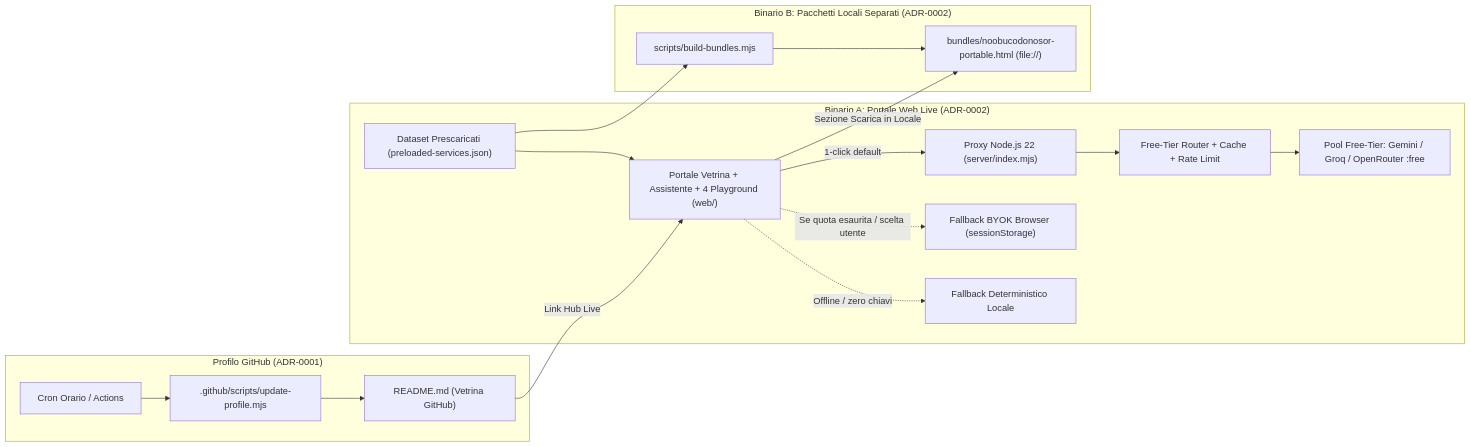
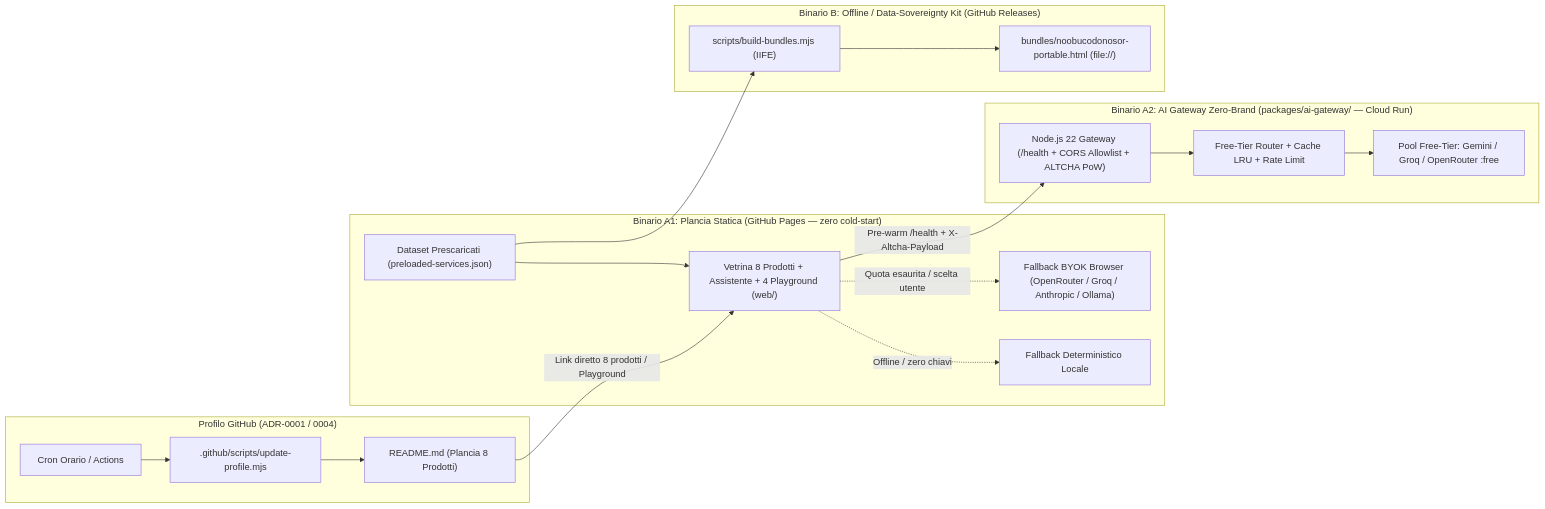
Before and after one commit to Noobucodonosor/Noobucodonosor: the diagram in docs/adr/README.md, drawn with Mermaid. The commit also changed other lines of this file and 11 other files, not shown here.

Commit message:
docs(showcase): add v.i.n.o. (8 products), align resuscipack 1.370+, add direct Pages links, update ADR-0004 Mermaid & Issues #16-#21

````diff
--- a/docs/adr/README.md
+++ b/docs/adr/README.md
@@ -20,32 +20,34 @@
 ```mermaid
 flowchart LR
-  subgraph Profile["Profilo GitHub (ADR-0001)"]
+  subgraph Profile["Profilo GitHub (ADR-0001 / 0004)"]
     CRON["Cron Orario / Actions"]
     SCRIPT[".github/scripts/update-profile.mjs"]
-    README["README.md (Vetrina GitHub)"]
+    README["README.md (Plancia 8 Prodotti)"]
   end
 
-  subgraph WebHub["Binario A: Portale Web Live (ADR-0002)"]
-    UI["Portale Vetrina + Assistente + 4 Playground (web/)"]
+  subgraph StaticHub["Binario A1: Plancia Statica (GitHub Pages — zero cold-start)"]
+    UI["Vetrina 8 Prodotti + Assistente + 4 Playground (web/)"]
     DATA["Dataset Prescaricati (preloaded-services.json)"]
-    PROXY["Proxy Node.js 22 (server/index.mjs)"]
-    ROUTER["Free-Tier Router + Cache + Rate Limit"]
-    POOL["Pool Free-Tier: Gemini / Groq / OpenRouter :free"]
-    BYOK["Fallback BYOK Browser (sessionStorage)"]
+    BYOK["Fallback BYOK Browser (OpenRouter / Groq / Anthropic / Ollama)"]
     LOCAL["Fallback Deterministico Locale"]
   end
 
-  subgraph Portable["Binario B: Pacchetti Locali Separati (ADR-0002)"]
-    BUILDER["scripts/build-bundles.mjs"]
+  subgraph Gateway["Binario A2: AI Gateway Zero-Brand (packages/ai-gateway/ — Cloud Run)"]
+    GW["Node.js 22 Gateway (/health + CORS Allowlist + ALTCHA PoW)"]
+    ROUTER["Free-Tier Router + Cache LRU + Rate Limit"]
+    POOL["Pool Free-Tier: Gemini / Groq / OpenRouter :free"]
+  end
+
+  subgraph Portable["Binario B: Offline / Data-Sovereignty Kit (GitHub Releases)"]
+    BUILDER["scripts/build-bundles.mjs (IIFE)"]
     HTML["bundles/noobucodonosor-portable.html (file://)"]
   end
 
   CRON --> SCRIPT --> README
-  README -->|"Link Hub Live"| UI
+  README -->|"Link diretto 8 prodotti / Playground"| UI
   DATA --> UI
-  UI -->|"1-click default"| PROXY --> ROUTER --> POOL
-  UI -.->|"Se quota esaurita / scelta utente"| BYOK
+  UI -->|"Pre-warm /health + X-Altcha-Payload"| GW --> ROUTER --> POOL
+  UI -.->|"Quota esaurita / scelta utente"| BYOK
   UI -.->|"Offline / zero chiavi"| LOCAL
   DATA --> BUILDER --> HTML
-  UI -->|"Sezione Scarica in Locale"| HTML
 ```
````
